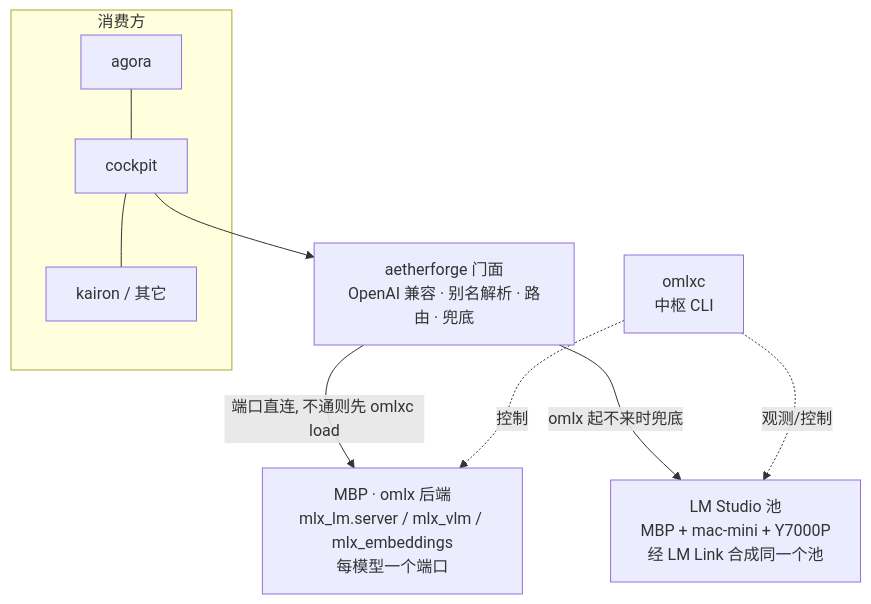
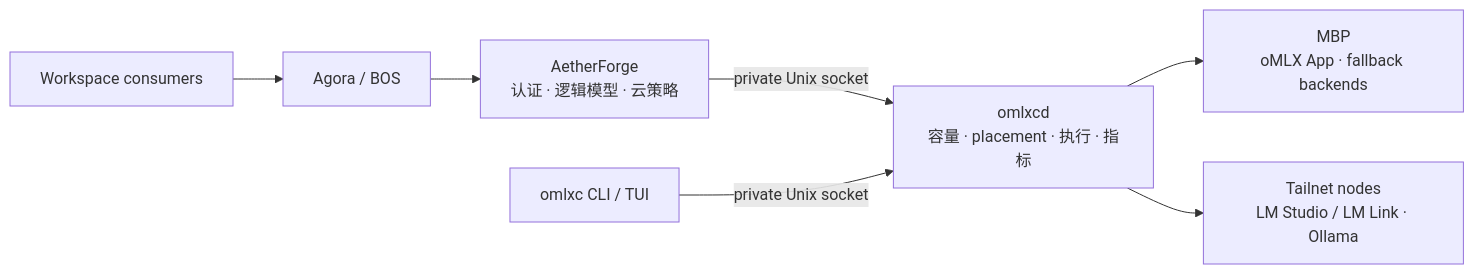
Before and after one commit to starlink-awaken/omostation: the diagram in docs/local-compute/omlx-cluster-architecture.md, drawn with Mermaid. The commit also changed other lines of this file and 2 other files, not shown here.

Commit message:
docs(compute): converge omlxc v3 architecture

````diff
--- a/docs/local-compute/omlx-cluster-architecture.md
+++ b/docs/local-compute/omlx-cluster-architecture.md
@@ -16,11 +16,9 @@
 ```mermaid
-flowchart TD
-  subgraph 消费方
-    A1[agora] --- A2[cockpit] --- A3[kairon / 其它]
-  end
-  A2 --> AF["aetherforge 门面<br/>OpenAI 兼容 · 别名解析 · 路由 · 兜底"]
-  AF -->|端口直连, 不通则先 omlxc load| OMLX["MBP · omlx 后端<br/>mlx_lm.server / mlx_vlm / mlx_embeddings<br/>每模型一个端口"]
-  AF -->|omlx 起不来时兜底| LMS["LM Studio 池<br/>MBP + mac-mini + Y7000P<br/>经 LM Link 合成同一个池"]
-  CLI["omlxc<br/>中枢 CLI"] -.控制.-> OMLX
-  CLI -.观测/控制.-> LMS
+flowchart LR
+  C["Workspace consumers"] --> B["Agora / BOS"]
+  B --> A["AetherForge<br/>认证 · 逻辑模型 · 云策略"]
+  A -->|"private Unix socket"| D["omlxcd<br/>容量 · placement · 执行 · 指标"]
+  T["omlxc CLI / TUI"] -->|"private Unix socket"| D
+  D --> M["MBP<br/>oMLX App · fallback backends"]
+  D --> R["Tailnet nodes<br/>LM Studio / LM Link · Ollama"]
 ```
````
